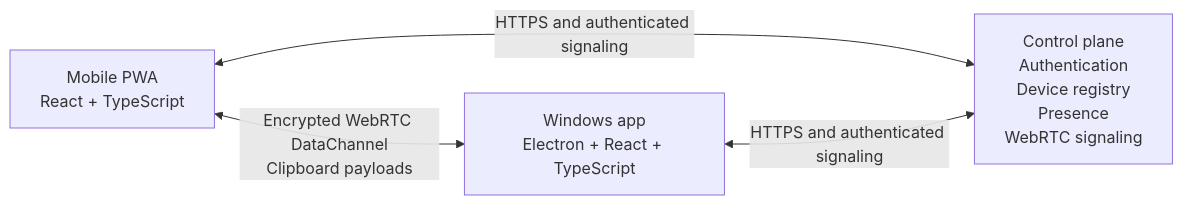
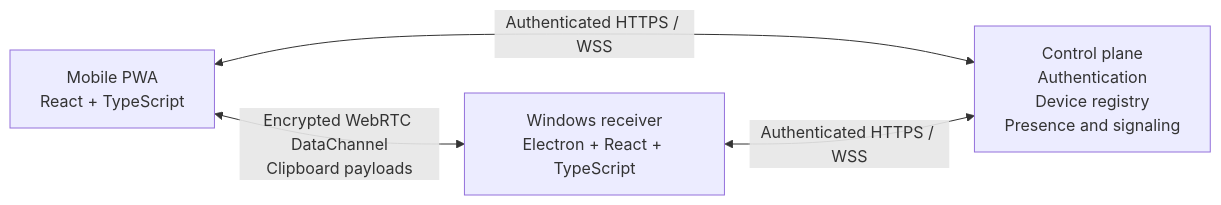
One commit to abdullah-mi/Copyrade changed the diagram in README.md. Above: the diagram before and after it, drawn with Mermaid. The commit also changed other lines of this file, not shown here.

````diff
--- a/README.md
+++ b/README.md
@@ -48,10 +56,10 @@
 ```mermaid
 flowchart LR
     Mobile[Mobile PWA<br/>React + TypeScript]
-    Backend[Control plane<br/>Authentication<br/>Device registry<br/>Presence<br/>WebRTC signaling]
-    Desktop[Windows app<br/>Electron + React + TypeScript]
+    Control[Control plane<br/>Authentication<br/>Device registry<br/>Presence and signaling]
+    Desktop[Windows receiver<br/>Electron + React + TypeScript]
 
-    Mobile <-->|HTTPS and authenticated signaling| Backend
-    Desktop <-->|HTTPS and authenticated signaling| Backend
+    Mobile <-->|Authenticated HTTPS / WSS| Control
+    Desktop <-->|Authenticated HTTPS / WSS| Control
     Mobile <-->|Encrypted WebRTC DataChannel<br/>Clipboard payloads| Desktop
 ```
````
